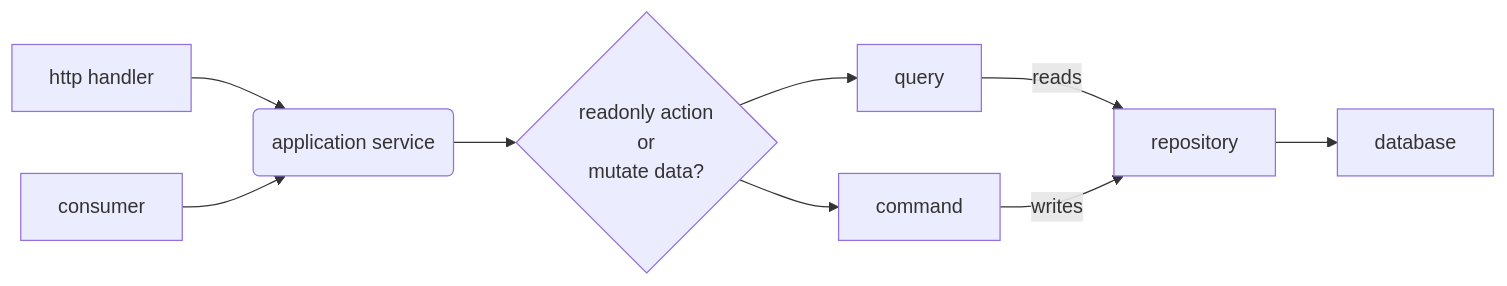
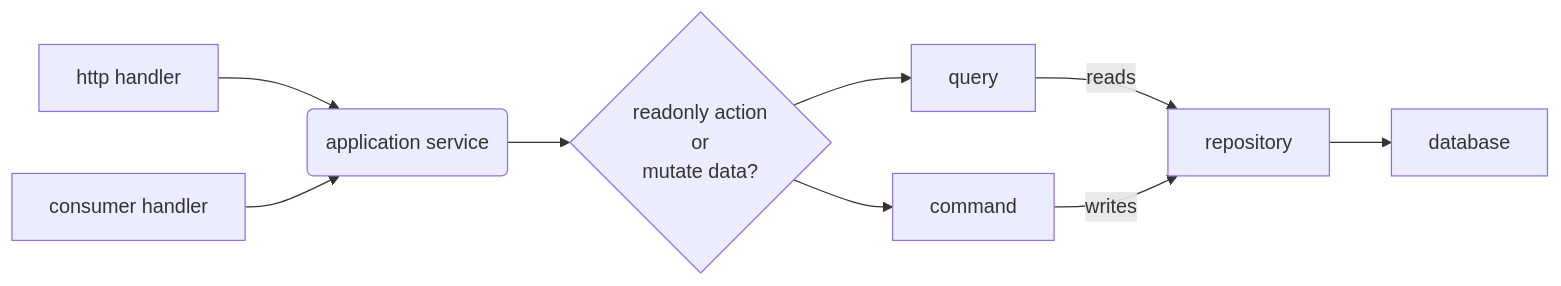
The second of 2 diagrams in README.md (samuel-poirier/go-ref), drawn with Mermaid before and after one commit.

Commit message:
Rename consumer handler in diagram

````diff
--- a/README.md
+++ b/README.md
@@ -37,11 +37,11 @@
 ```mermaid
   flowchart LR
     A.1[http handler] --> B(application service)
-    A.2[consumer] --> B(application service)
+    A.2[consumer handler] --> B(application service)
     B --> C{readonly action <br>or <br>mutate data?}
     C --> D[query]
     C --> E[command]
     D -->|reads| F[repository]
     E -->|writes| F[repository]
     F --> G[database]
 ```
````
